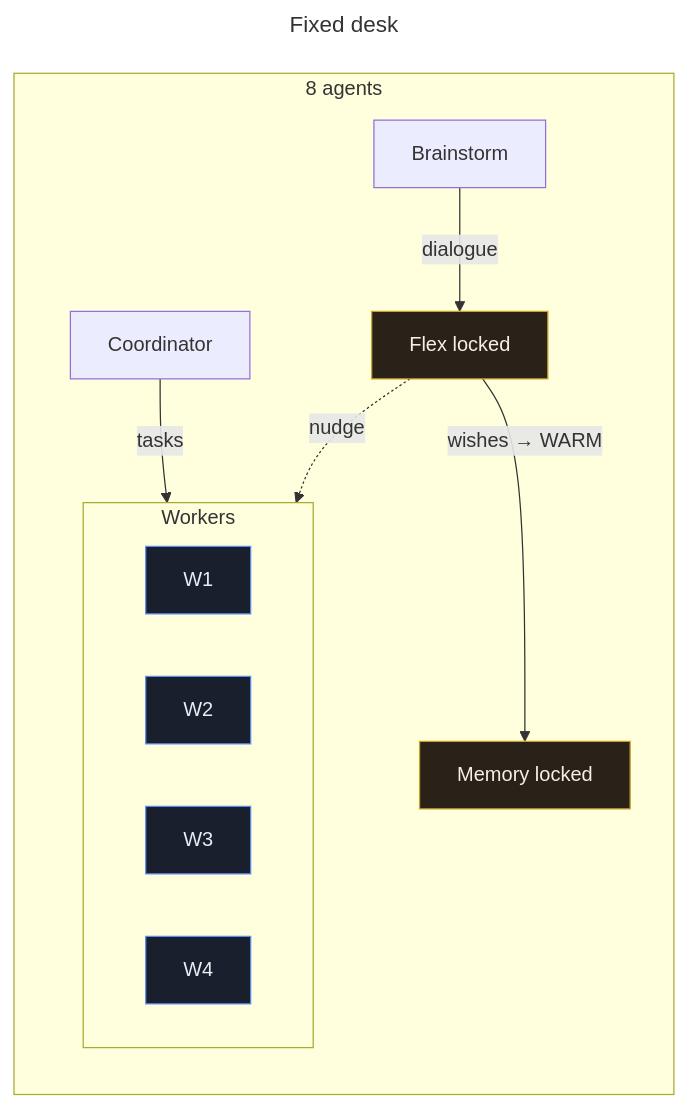
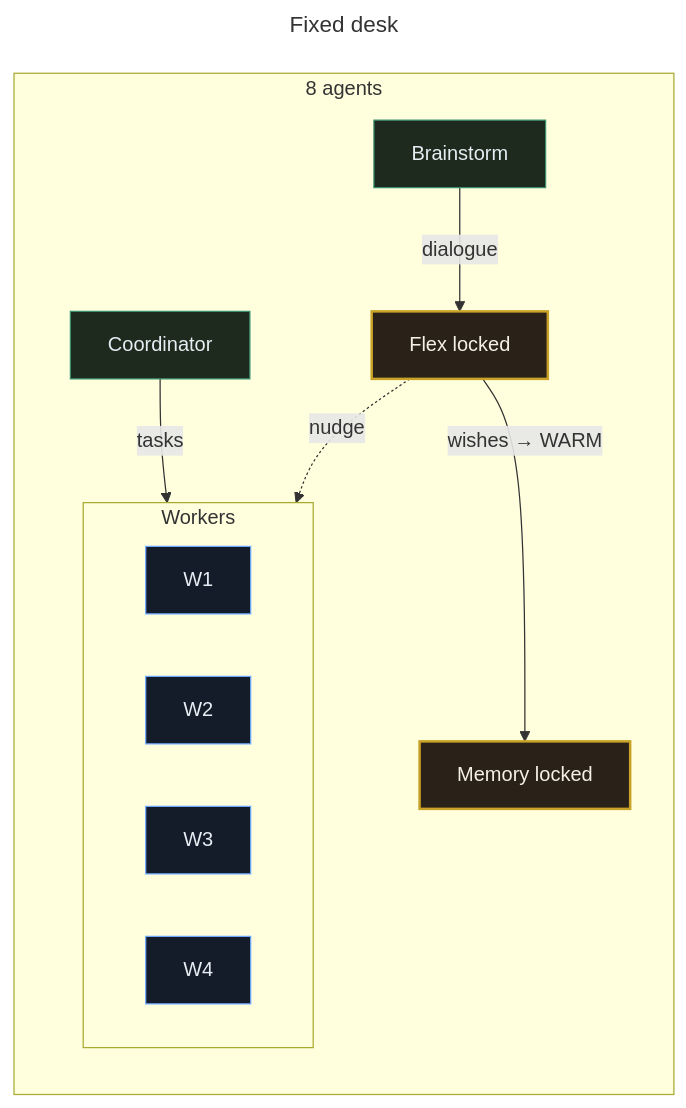
The fifth of 7 diagrams in docs/ARCHITECTURE.md (landjunge/gnom-hub-v1), drawn with Mermaid before and after one commit. The commit also changed other lines of this file and 3 other files, not shown here.

First line of the commit message:
docs: deepen Mermaid styling classes (shared palette)

````diff
--- a/docs/ARCHITECTURE.md
+++ b/docs/ARCHITECTURE.md
@@ -180,30 +191,29 @@
 ```mermaid
 ---
 title: Fixed desk
 ---
 flowchart TB
   subgraph Desk["8 agents"]
     direction TB
-    B[Brainstorm]
-    M[Memory locked]
-    F[Flex locked]
-    C[Coordinator]
+    B[Brainstorm]:::core
+    M[Memory locked]:::locked
+    F[Flex locked]:::locked
+    C[Coordinator]:::core
     subgraph Workers["Workers"]
       direction LR
-      W1[W1]
-      W2[W2]
-      W3[W3]
-      W4[W4]
+      W1[W1]:::work
+      W2[W2]:::work
+      W3[W3]:::work
+      W4[W4]:::work
     end
   end
 
   B -->|"dialogue"| F
   F -->|"wishes → WARM"| M
   C -->|"tasks"| Workers
   F -.->|"nudge"| Workers
 
-  classDef locked fill:#2a2218,stroke:#c9a227,color:#f5f0e6
-  classDef work fill:#1a1f2e,stroke:#5b8def,color:#e6edf3
-  class M,F locked
-  class W1,W2,W3,W4 work
+  classDef core fill:#1e2a1e,stroke:#3a8f6e,color:#e6edf3,stroke-width:1px
+  classDef locked fill:#2a2218,stroke:#c9a227,color:#f5f0e6,stroke-width:2px
+  classDef work fill:#141c2a,stroke:#6ea8fe,color:#e6edf3,stroke-width:1px
 ```
````
